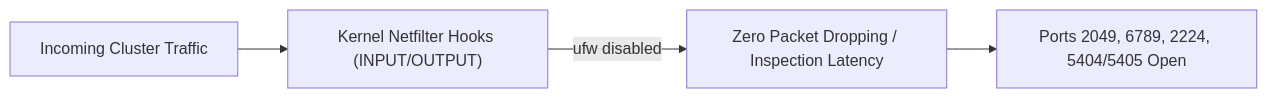
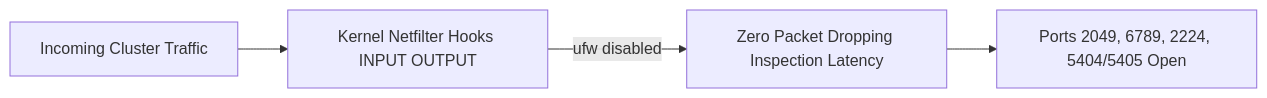
Before and after one commit to seang454/nfs-cluster: diagram 11 of 14 in nfs-cluster/HA-NFS-Ceph-Architecture-Guide.md, drawn with Mermaid. The commit also changed other lines of this file, not shown here.

````diff
--- a/nfs-cluster/HA-NFS-Ceph-Architecture-Guide.md
+++ b/nfs-cluster/HA-NFS-Ceph-Architecture-Guide.md
@@ -296,6 +360,6 @@
 ```mermaid
 flowchart LR
-    Packets["Incoming Cluster Traffic"] --> Netfilter["Kernel Netfilter Hooks (INPUT/OUTPUT)"]
-    Netfilter -->|ufw disabled| Bypassed["Zero Packet Dropping / Inspection Latency"]
+    Packets["Incoming Cluster Traffic"] --> Netfilter["Kernel Netfilter Hooks INPUT OUTPUT"]
+    Netfilter -->|"ufw disabled"| Bypassed["Zero Packet Dropping Inspection Latency"]
     Bypassed --> Ports["Ports 2049, 6789, 2224, 5404/5405 Open"]
 ```
````
